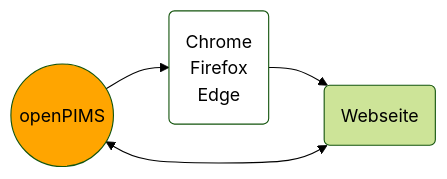
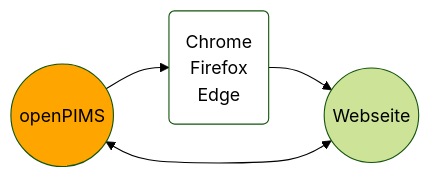
One commit to openpims/openpims changed the first of 3 diagrams in README.md. Above: the diagram before and after it, drawn with Mermaid (forest theme).

````diff
--- a/README.md
+++ b/README.md
@@ -7,8 +7,8 @@
 ```mermaid
   graph LR;
       A((openPIMS)) --> B(Chrome<br>Firefox<br>Edge);
-      B --> C(Webseite);
+      B --> C((Webseite));
       C <--> A;
       style A fill:orange
       style B fill:white
 ```
````
